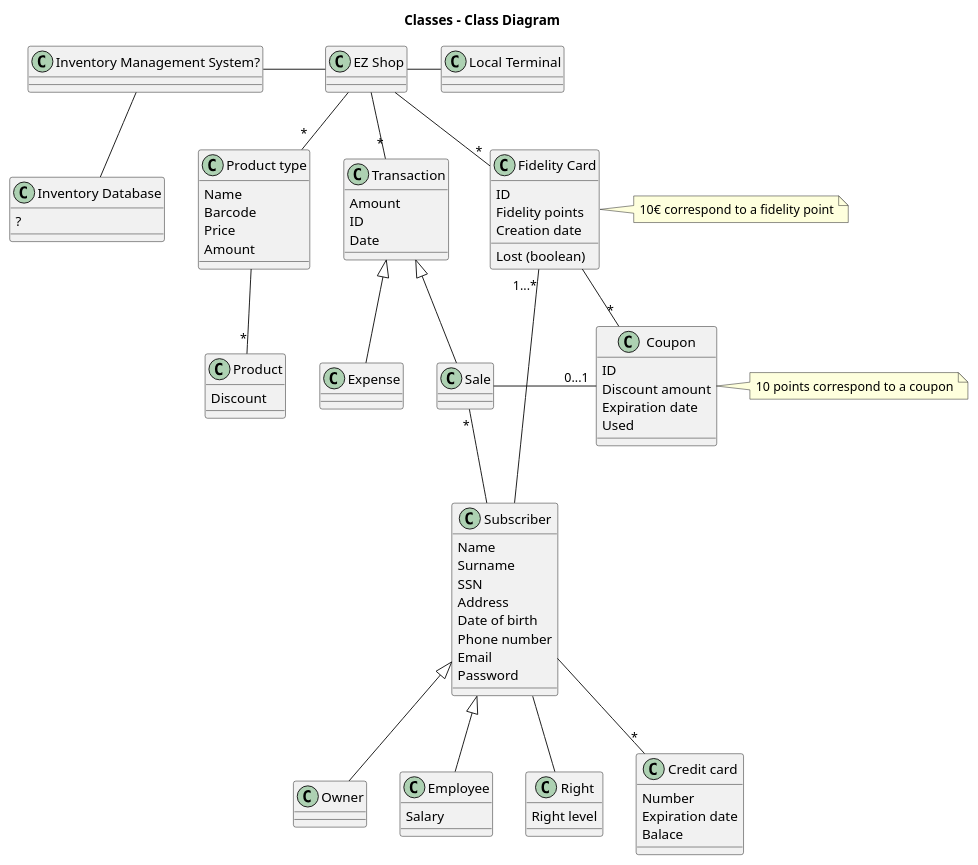
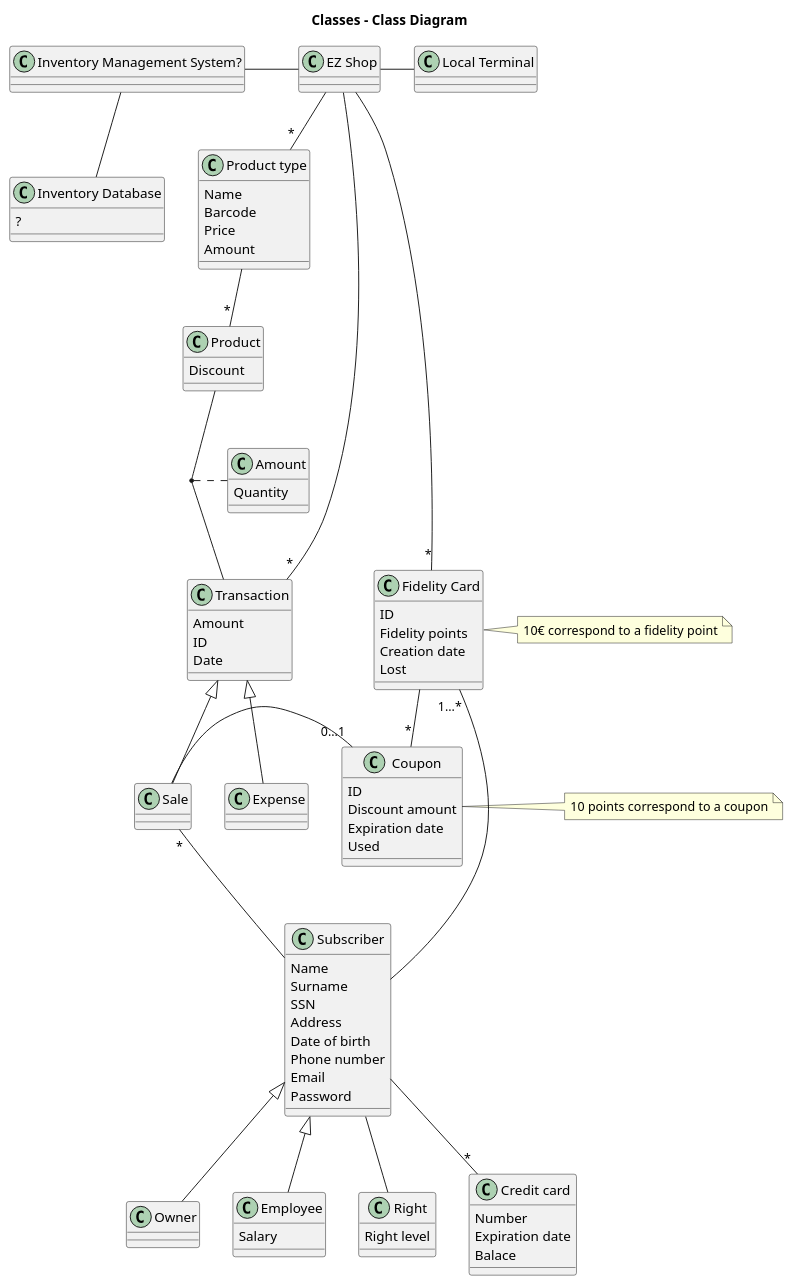
One commit to nicolabattaglino/ezshop changed the second of 2 diagrams in Deliverables/RequirementsDocument.md. Above: the diagram before and after it, drawn with PlantUML.

Commit message:
Update RequirementsDocument.md update glossary

````diff
--- a/Deliverables/RequirementsDocument.md
+++ b/Deliverables/RequirementsDocument.md
@@ -196,9 +196,7 @@
 }
 class "Local Terminal" as LT{
 }
-class "Product" as product{
-Discount
-}
+
 class "EZ Shop" as EZShop{
 }
 class "Right" as right{
@@ -208,7 +206,7 @@
 ID
 Fidelity points
 Creation date 
-Lost (boolean)
+Lost 
 }
 class "Inventory Management System?" as IMS{
 }
@@ -243,6 +241,16 @@
 Expiration date
 Balace
 }
+class "Amount" as amount{
+Quantity
+}
+class "Product" as product{
+Discount
+}
+
+
+
+
 
 note right of coupon : 10 points correspond to a coupon 
 note right of fidelityCard :10€ correspond to a fidelity point
@@ -259,11 +267,13 @@
 PT -- "*"product
 subscriber --"*" creditCard
 EZShop -- "*"transaction
+
+transaction <|-- sale
 transaction <|-- expense
-transaction <|-- sale
 fidelityCard -- "*"coupon 
 sale - "0...1"coupon
 sale"*" -- subscriber
+(product,transaction). amount
 
 @enduml
 ```
````
